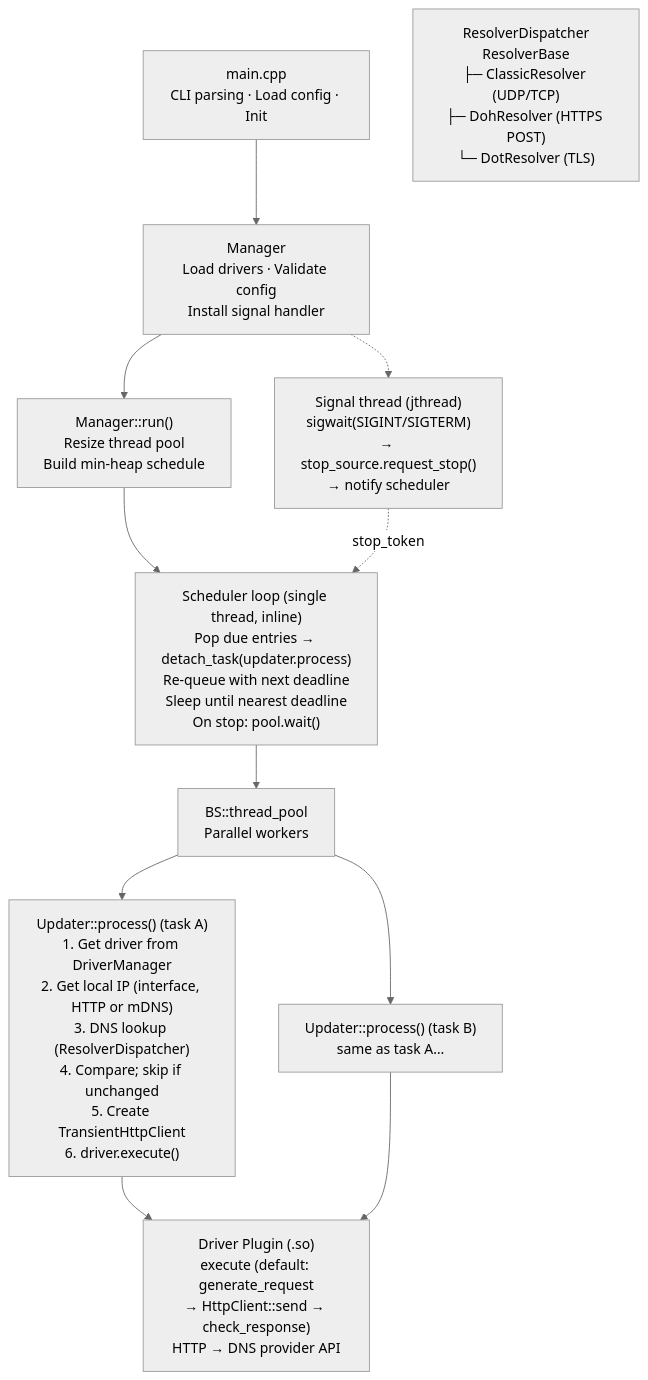
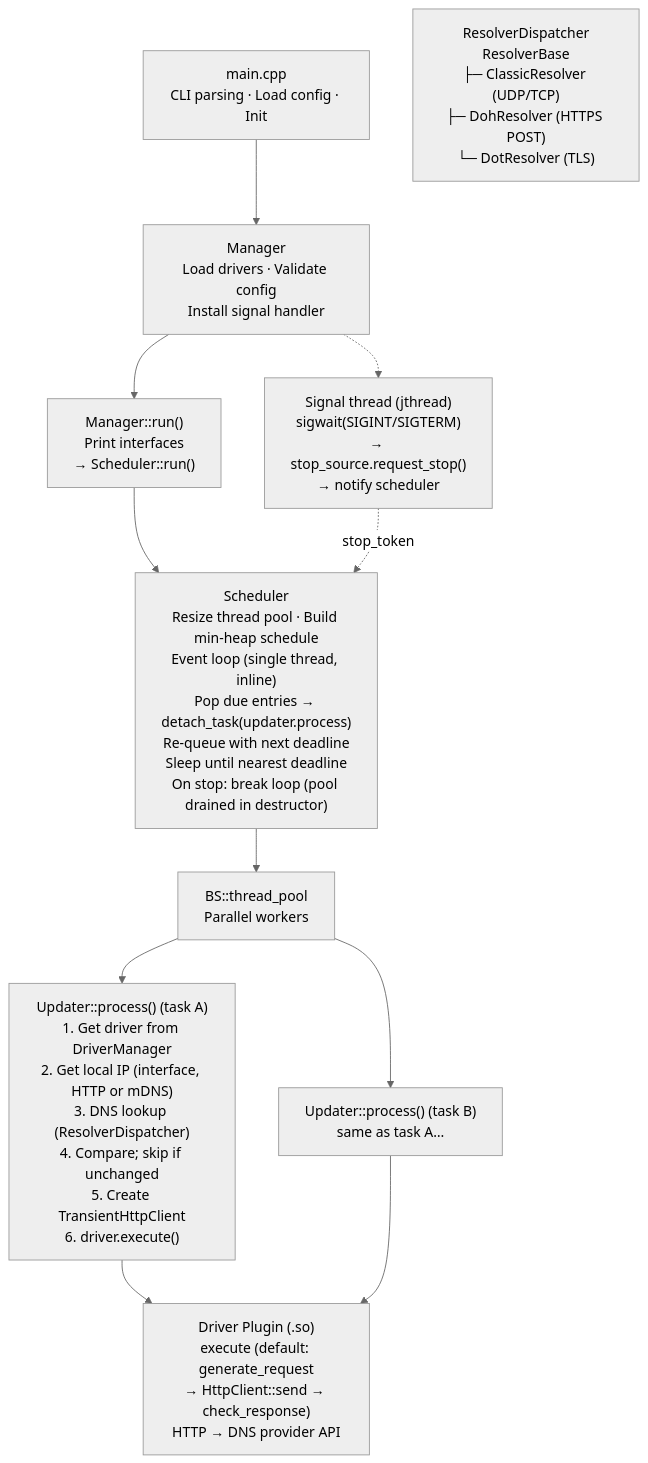
Before and after one commit to CyberKoo/yaddnsc: the diagram in README.md, drawn with Mermaid (neutral theme). The commit also changed other lines of this file and 160 other files, not shown here.

````diff
--- a/README.md
+++ b/README.md
@@ -28,51 +28,53 @@
 ```mermaid
 flowchart TB
     main["main.cpp
 CLI parsing · Load config · Init"]
     mgr["Manager
 Load drivers · Validate config
 Install signal handler"]
     run["Manager::run()
-Resize thread pool
-Build min-heap schedule"]
-    sched["Scheduler loop (single thread, inline)
+Print interfaces
+→ Scheduler::run()"]
+    sched["Scheduler
+Resize thread pool · Build min-heap schedule
+Event loop (single thread, inline)
 Pop due entries → detach_task(updater.process)
 Re-queue with next deadline
 Sleep until nearest deadline
-On stop: pool.wait()"]
+On stop: break loop (pool drained in destructor)"]
     signal["Signal thread (jthread)
 sigwait(SIGINT/SIGTERM)
 → stop_source.request_stop()
 → notify scheduler"]
     pool["BS::thread_pool
 Parallel workers"]
     updaterA["Updater::process() (task A)
 1. Get driver from DriverManager
 2. Get local IP (interface, HTTP or mDNS)
 3. DNS lookup (ResolverDispatcher)
 4. Compare; skip if unchanged
 5. Create TransientHttpClient
 6. driver.execute()"]
     updaterB["Updater::process() (task B)
 same as task A…"]
     driver["Driver Plugin (.so)
 execute (default: generate_request
 → HttpClient::send → check_response)
 HTTP → DNS provider API"]
     dns["ResolverDispatcher
 ResolverBase
 ├─ ClassicResolver (UDP/TCP)
 ├─ DohResolver (HTTPS POST)
 └─ DotResolver (TLS)"]
 
     main --> mgr
     mgr --> run
     run --> sched
     mgr -.-> signal
     signal -.->|stop_token| sched
     sched --> pool
     pool --> updaterA
     pool --> updaterB
     updaterA --> driver
     updaterB --> driver
 ```
````
